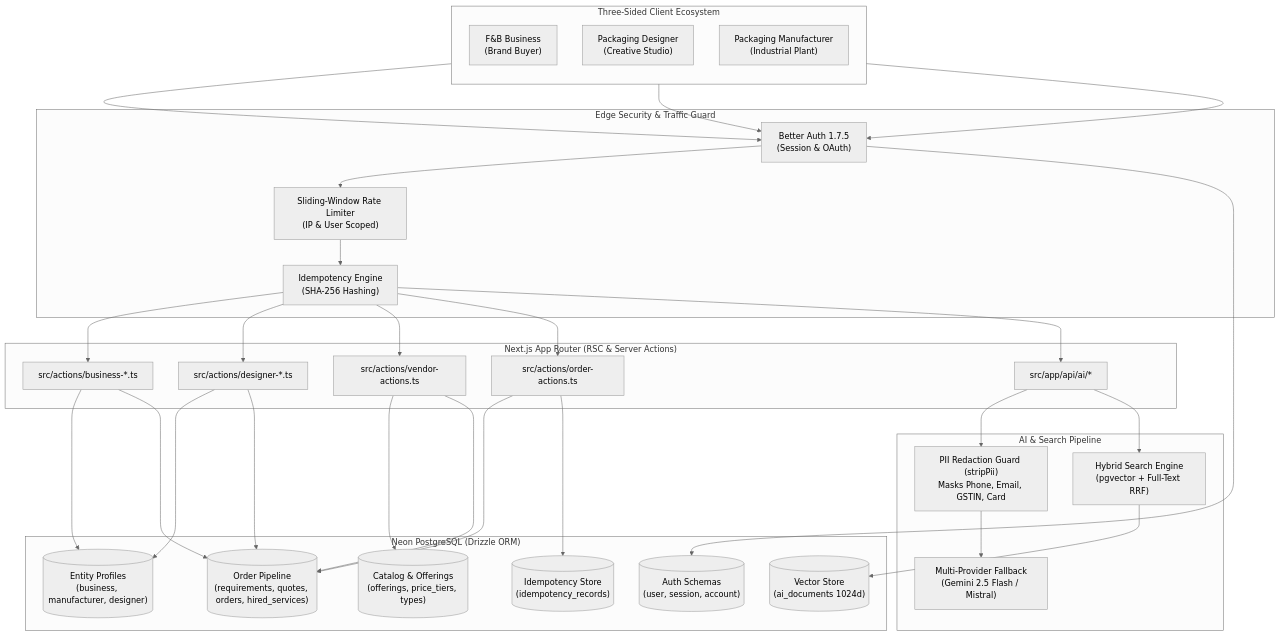
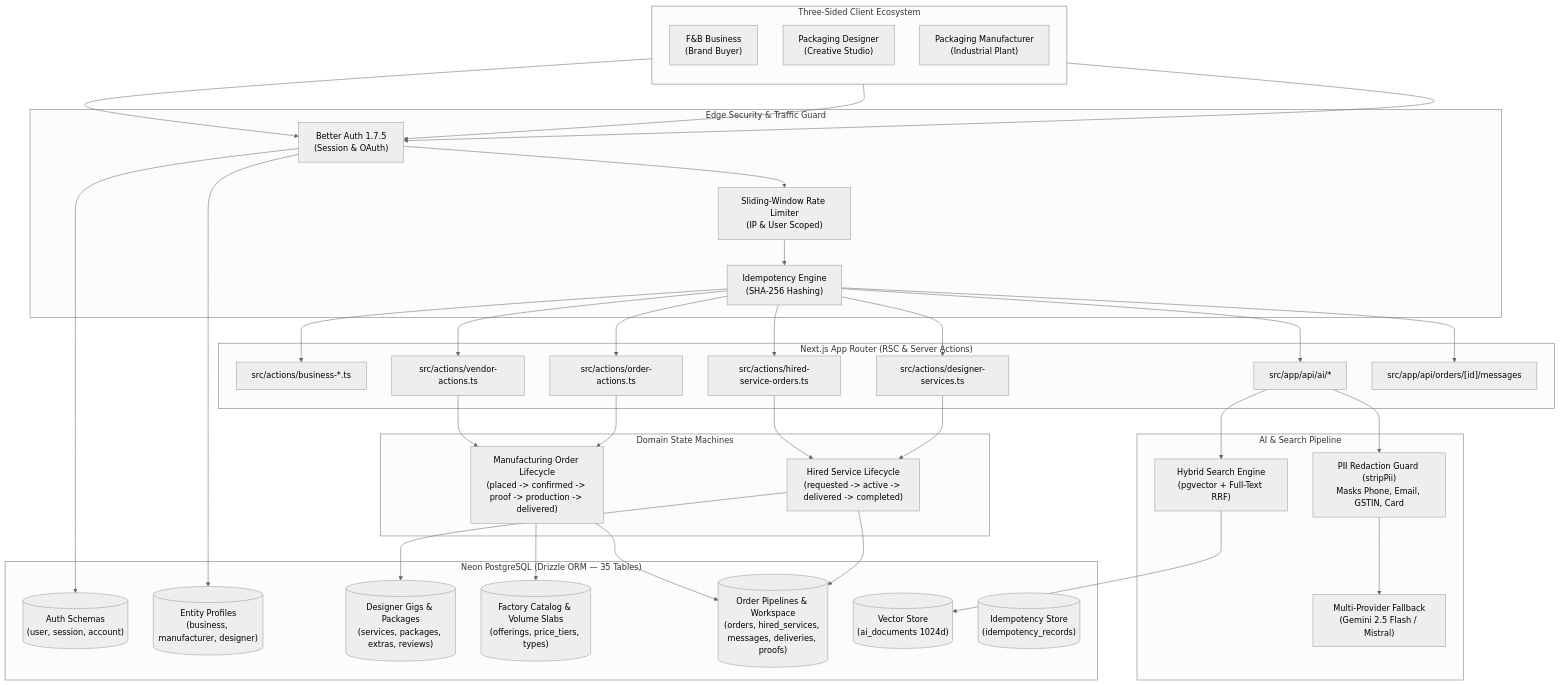
One commit to Hritujeet/unifiee changed the second of 7 diagrams in docs/PROJECT_DOCUMENTATION.md. Above: the diagram before and after it, drawn with Mermaid (neutral theme). The commit also changed other lines of this file and 15 other files, not shown here.

````diff
--- a/docs/PROJECT_DOCUMENTATION.md
+++ b/docs/PROJECT_DOCUMENTATION.md
@@ -108,59 +108,66 @@
 ```mermaid
 flowchart TD
     subgraph Clients["Three-Sided Client Ecosystem"]
         direction TB
         FB["F&B Business\n(Brand Buyer)"]
         DES["Packaging Designer\n(Creative Studio)"]
         MFG["Packaging Manufacturer\n(Industrial Plant)"]
     end
 
     subgraph Security["Edge Security & Traffic Guard"]
         AUTH["Better Auth 1.7.5\n(Session & OAuth)"]
         RL["Sliding-Window Rate Limiter\n(IP & User Scoped)"]
         IDEMP["Idempotency Engine\n(SHA-256 Hashing)"]
     end
 
     subgraph AppServer["Next.js App Router (RSC & Server Actions)"]
         ACT_BIZ["src/actions/business-*.ts"]
-        ACT_DES["src/actions/designer-*.ts"]
+        ACT_DES["src/actions/designer-services.ts"]
+        ACT_HIRE["src/actions/hired-service-orders.ts"]
         ACT_MFG["src/actions/vendor-actions.ts"]
         ACT_ORD["src/actions/order-actions.ts"]
         API_AI["src/app/api/ai/*"]
+        API_MSG["src/app/api/orders/[id]/messages"]
+    end
+
+    subgraph Lifecycles["Domain State Machines"]
+        SM_DESIGN["Hired Service Lifecycle\n(requested -> active -> delivered -> completed)"]
+        SM_MFG["Manufacturing Order Lifecycle\n(placed -> confirmed -> proof -> production -> delivered)"]
     end
 
     subgraph AIService["AI & Search Pipeline"]
         PII["PII Redaction Guard (stripPii)\nMasks Phone, Email, GSTIN, Card"]
         ROUTER["Multi-Provider Fallback\n(Gemini 2.5 Flash / Mistral)"]
         HYBRID["Hybrid Search Engine\n(pgvector + Full-Text RRF)"]
     end
 
-    subgraph Persistence["Neon PostgreSQL (Drizzle ORM)"]
+    subgraph Persistence["Neon PostgreSQL (Drizzle ORM — 35 Tables)"]
         T_AUTH[("Auth Schemas\n(user, session, account)")]
         T_PROFILES[("Entity Profiles\n(business, manufacturer, designer)")]
-        T_CATALOG[("Catalog & Offerings\n(offerings, price_tiers, types)")]
-        T_COMMERCE[("Order Pipeline\n(requirements, quotes, orders, hired_services)")]
+        T_GIGS[("Designer Gigs & Packages\n(services, packages, extras, reviews)")]
+        T_CATALOG[("Factory Catalog & Volume Slabs\n(offerings, price_tiers, types)")]
+        T_ORDERS[("Order Pipelines & Workspace\n(orders, hired_services, messages, deliveries, proofs)")]
         T_VECTORS[("Vector Store\n(ai_documents 1024d)")]
         T_SAFETY[("Idempotency Store\n(idempotency_records)")]
     end
 
     FB --> AUTH
     DES --> AUTH
     MFG --> AUTH
 
     AUTH --> RL --> IDEMP
-    IDEMP --> ACT_BIZ
-    IDEMP --> ACT_DES
-    IDEMP --> ACT_MFG
-    IDEMP --> ACT_ORD
-    IDEMP --> API_AI
+    IDEMP --> ACT_BIZ & ACT_DES & ACT_HIRE & ACT_MFG & ACT_ORD & API_AI & API_MSG
+
+    ACT_DES --> SM_DESIGN
+    ACT_HIRE --> SM_DESIGN
+    ACT_ORD --> SM_MFG
+    ACT_MFG --> SM_MFG
 
     API_AI --> PII --> ROUTER
     API_AI --> HYBRID
 
-    ACT_BIZ --> T_PROFILES & T_COMMERCE
-    ACT_DES --> T_PROFILES & T_COMMERCE
-    ACT_MFG --> T_CATALOG & T_COMMERCE
-    ACT_ORD --> T_COMMERCE & T_SAFETY
+    SM_DESIGN --> T_GIGS & T_ORDERS
+    SM_MFG --> T_CATALOG & T_ORDERS
     HYBRID --> T_VECTORS
-    AUTH --> T_AUTH
+    AUTH --> T_AUTH & T_PROFILES
 ```
````
